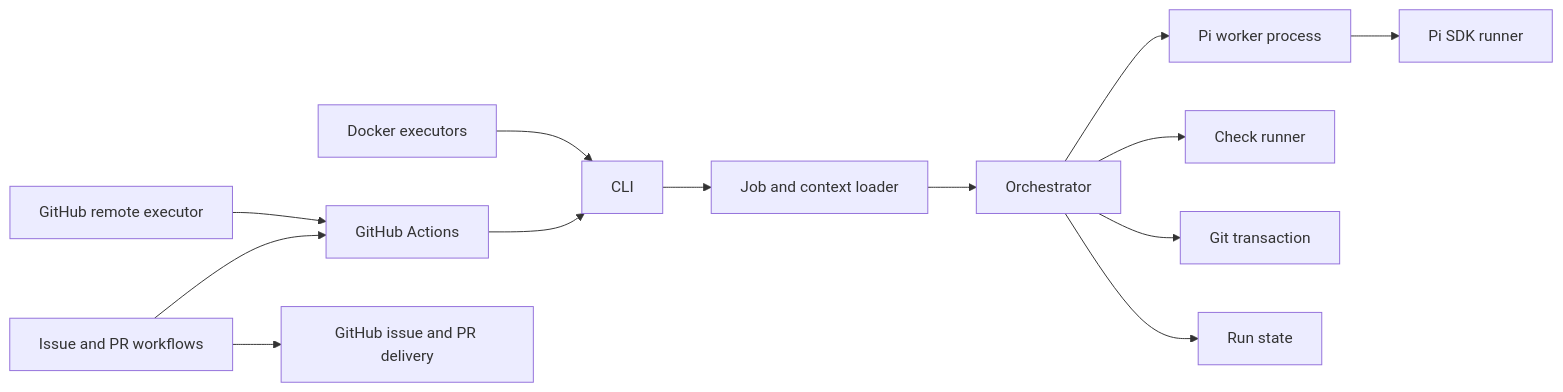
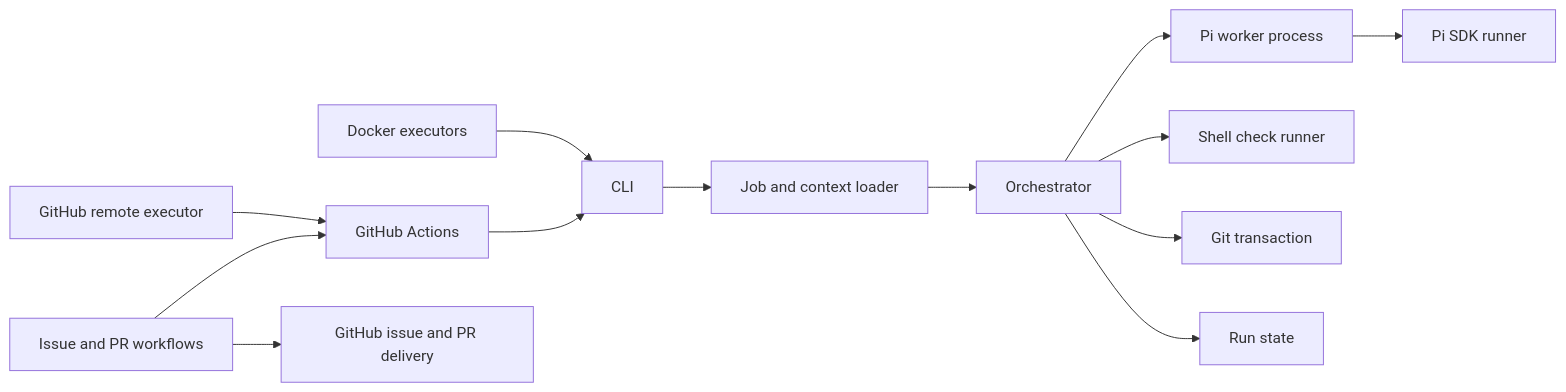
One commit to OctopusGarage/ralphworks changed the first of 3 diagrams in docs/ARCHITECTURE.md. Above: the diagram before and after it, drawn with Mermaid. The commit also changed other lines of this file and 13 other files, not shown here.

````diff
--- a/docs/ARCHITECTURE.md
+++ b/docs/ARCHITECTURE.md
@@ -5,15 +5,15 @@
 ```mermaid
 flowchart LR
     CLI[CLI] --> Job[Job and context loader]
     Job --> Orchestrator[Orchestrator]
     Orchestrator --> Worker[Pi worker process]
     Worker --> Runner[Pi SDK runner]
-    Orchestrator --> Checks[Check runner]
+    Orchestrator --> Checks[Shell check runner]
     Orchestrator --> Git[Git transaction]
     Orchestrator --> State[Run state]
     Docker[Docker executors] --> CLI
     Remote[GitHub remote executor] --> Actions[GitHub Actions]
     Scenarios[Issue and PR workflows] --> Actions
     Actions --> CLI
     Scenarios --> Delivery[GitHub issue and PR delivery]
 ```
````
